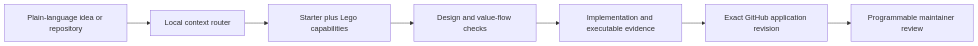
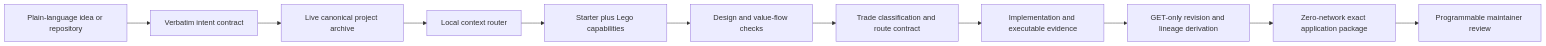
The diagram in README.md (0xprogrammable/hookbuilder), drawn with Mermaid before and after one commit. The commit also changed other lines of this file and 1256 other files, not shown here.

````diff
--- a/README.md
+++ b/README.md
@@ -78,9 +97,13 @@
 ```mermaid
 flowchart LR
-  A["Plain-language idea or repository"] --> B["Local context router"]
+  A["Plain-language idea or repository"] --> I["Verbatim intent contract"]
+  I --> H["Live canonical project archive"]
+  H --> B["Local context router"]
   B --> C["Starter plus Lego capabilities"]
   C --> D["Design and value-flow checks"]
-  D --> E["Implementation and executable evidence"]
-  E --> F["Exact GitHub application revision"]
+  D --> T["Trade classification and route contract"]
+  T --> E["Implementation and executable evidence"]
+  E --> R["GET-only revision and lineage derivation"]
+  R --> F["Zero-network exact application package"]
   F --> G["Programmable maintainer review"]
 ```
````
